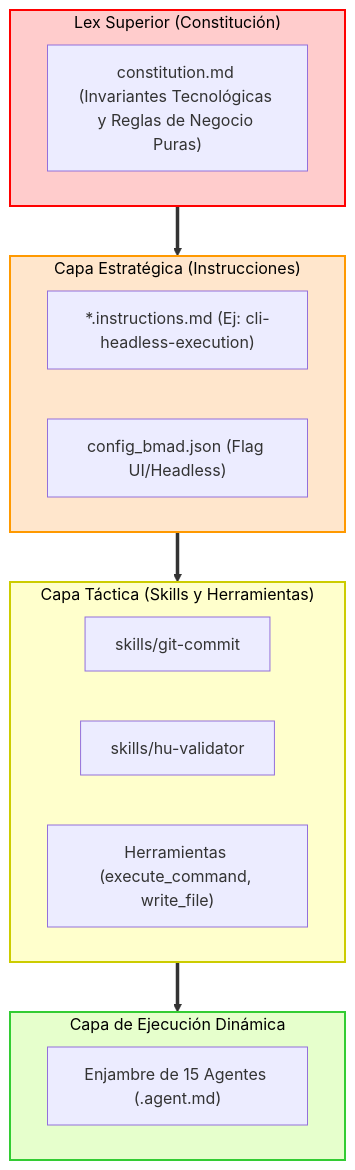
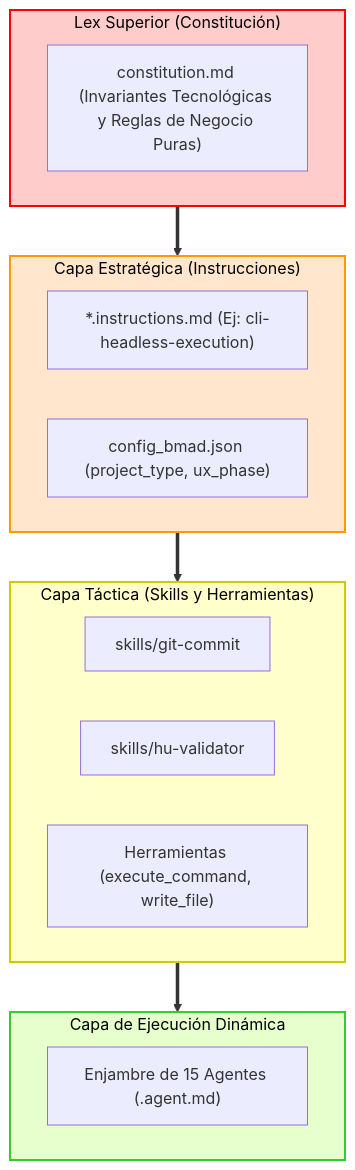
Before and after one commit to pauloravicaceres/template-bmad: the third of 5 diagrams in framework_bmad.md, drawn with Mermaid. The commit also changed other lines of this file and 109 other files, not shown here.

````diff
--- a/framework_bmad.md
+++ b/framework_bmad.md
@@ -162,30 +162,30 @@
 ```mermaid
 flowchart TD
     subgraph L0 ["Capa de Ejecución Dinámica"]
         Agentes["Enjambre de 15 Agentes (.agent.md)"]
     end
 
     subgraph L1 ["Capa Táctica (Skills y Herramientas)"]
         SK1["skills/git-commit"]
         SK2["skills/hu-validator"]
         CMD["Herramientas (execute_command, write_file)"]
     end
 
     subgraph L2 ["Capa Estratégica (Instrucciones)"]
         INST["*.instructions.md (Ej: cli-headless-execution)"]
-        CONF["config_bmad.json (Flag UI/Headless)"]
+        CONF["config_bmad.json (project_type, ux_phase)"]
     end
 
     subgraph L3 ["Lex Superior (Constitución)"]
         CONST["constitution.md (Invariantes Tecnológicas y Reglas de Negocio Puras)"]
     end
 
     L3 ==> L2
     L2 ==> L1
     L1 ==> L0
 
     style L3 fill:#ffcccc,stroke:#ff0000,stroke-width:2px,color:#000
     style L2 fill:#ffe6cc,stroke:#ff9900,stroke-width:2px,color:#000
     style L1 fill:#ffffcc,stroke:#cccc00,stroke-width:2px,color:#000
     style L0 fill:#e6ffcc,stroke:#33cc33,stroke-width:2px,color:#000
 ```
````
